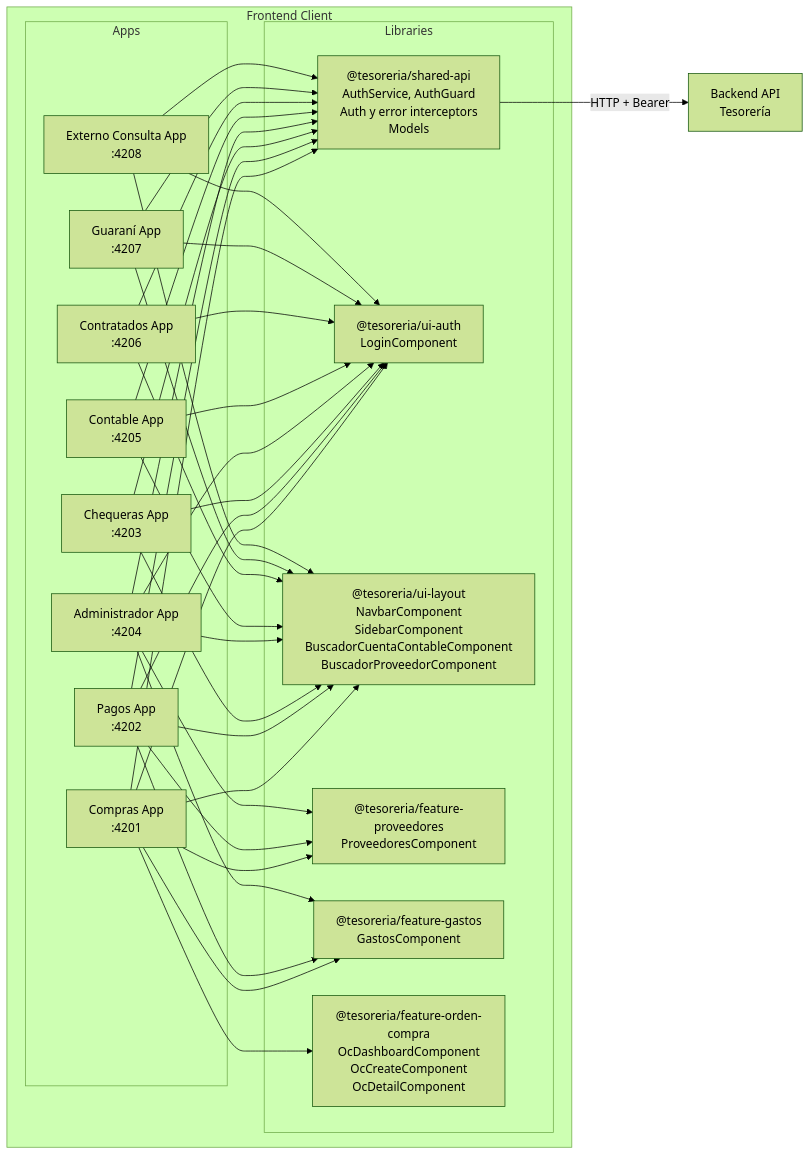
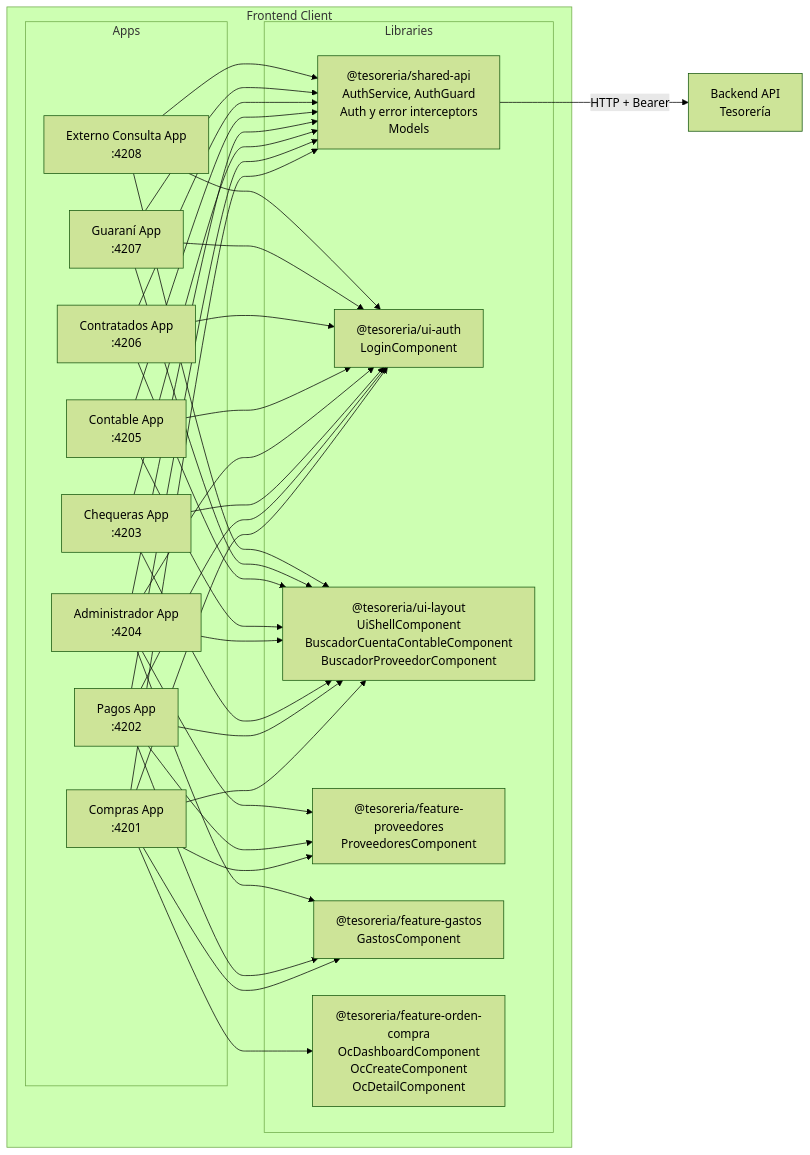
One commit to UM-services/UM.tesoreria.frontend-client changed the first of 8 diagrams in docs/architecture.md. Above: the diagram before and after it, drawn with Mermaid (forest theme). The commit also changed 2 other files, not shown here.

Commit message:
docs: document J2 design system and ui-shell
README gains a design system section (tokens, shell, component utilities and the
externo-consulta chequeras view as live reference) and an updated architecture
diagram; AGENTS.md records the UI convention of tokens.css, <ui-shell> and um-*
classes.

````diff
--- a/docs/architecture.md
+++ b/docs/architecture.md
@@ -5,65 +5,65 @@
 ```mermaid
     flowchart LR
     subgraph "Frontend Client"
         subgraph "Apps"
             Compras["Compras App<br/>:4201"]
             Pagos["Pagos App<br/>:4202"]
             Chequeras["Chequeras App<br/>:4203"]
             Admin["Administrador App<br/>:4204"]
             Contable["Contable App<br/>:4205"]
             Contratados["Contratados App<br/>:4206"]
             Guarani["Guaraní App<br/>:4207"]
             ExternoConsulta["Externo Consulta App<br/>:4208"]
         end
 
         subgraph "Libraries"
             SharedAPI["@tesoreria/shared-api<br/>AuthService, AuthGuard<br/>Auth y error interceptors<br/>Models"]
             UIAuth["@tesoreria/ui-auth<br/>LoginComponent"]
-            UILayout["@tesoreria/ui-layout<br/>NavbarComponent<br/>SidebarComponent<br/>BuscadorCuentaContableComponent<br/>BuscadorProveedorComponent"]
+            UILayout["@tesoreria/ui-layout<br/>UiShellComponent<br/>BuscadorCuentaContableComponent<br/>BuscadorProveedorComponent"]
             FeatureProveedores["@tesoreria/feature-proveedores<br/>ProveedoresComponent"]
             FeatureGastos["@tesoreria/feature-gastos<br/>GastosComponent"]
             FeatureOrdenCompra["@tesoreria/feature-orden-compra<br/>OcDashboardComponent<br/>OcCreateComponent<br/>OcDetailComponent"]
         end
     end
 
     Compras --> SharedAPI
     Compras --> UIAuth
     Compras --> UILayout
     Compras --> FeatureProveedores
     Compras --> FeatureGastos
     Compras --> FeatureOrdenCompra
 
     Pagos --> SharedAPI
     Pagos --> UIAuth
     Pagos --> UILayout
     Pagos --> FeatureProveedores
     Pagos --> FeatureGastos
 
     Chequeras --> SharedAPI
     Chequeras --> UIAuth
     Chequeras --> UILayout
 
     Admin --> SharedAPI
     Admin --> UIAuth
     Admin --> UILayout
     Admin --> FeatureProveedores
     Admin --> FeatureGastos
 
     Contable --> SharedAPI
     Contable --> UIAuth
     Contable --> UILayout
 
     Contratados --> SharedAPI
     Contratados --> UIAuth
     Contratados --> UILayout
 
     Guarani --> SharedAPI
     Guarani --> UIAuth
     Guarani --> UILayout
 
     ExternoConsulta --> SharedAPI
     ExternoConsulta --> UIAuth
     ExternoConsulta --> UILayout
 
     SharedAPI -->|"HTTP + Bearer"| BackendAPI["Backend API<br/>Tesorería"]
 ```
````
